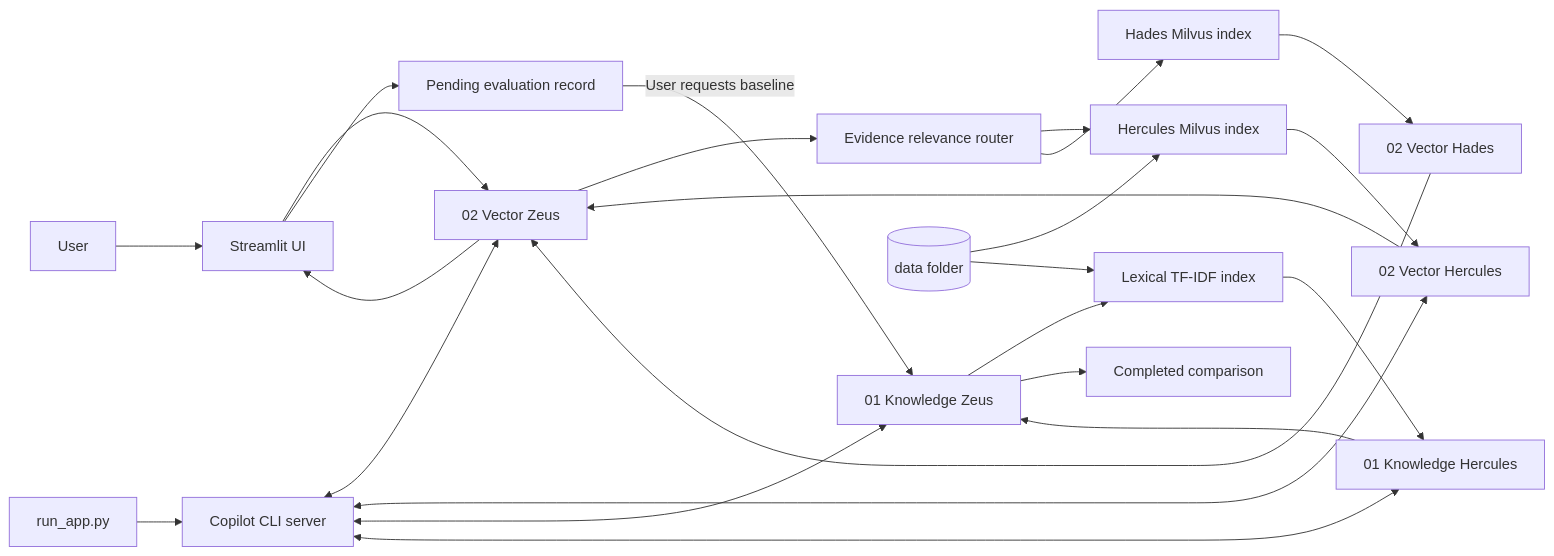
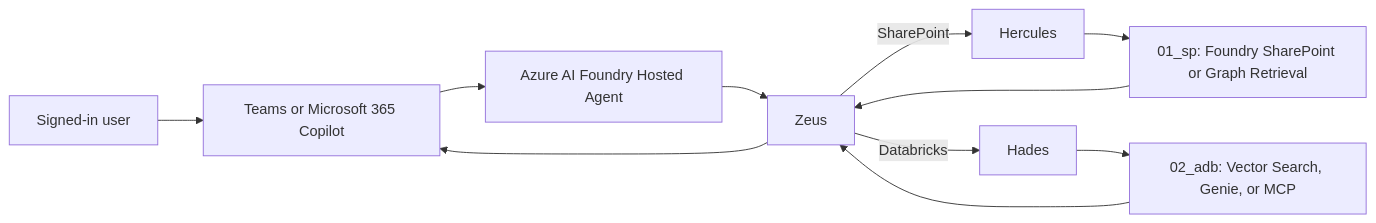
The diagram in README.md (vsayala/agentic_ai_olympus), drawn with Mermaid before and after one commit. The commit also changed other lines of this file and 169 other files, not shown here.

````diff
--- a/README.md
+++ b/README.md
@@ -51,26 +10,13 @@
 ```mermaid
 flowchart LR
-    U[User] --> UI[Streamlit UI]
-   UI --> VZ[02 Vector Zeus]
-   VZ --> RTE[Evidence relevance router]
-   RTE --> V[Hercules Milvus index]
-   RTE --> H[Hades Milvus index]
-   V --> VH[02 Vector Hercules]
-   H --> HD[02 Vector Hades]
-   VH --> VZ
-   HD --> VZ
-   VZ --> UI
-   UI --> R[Pending evaluation record]
-   R -->|User requests baseline| KZ[01 Knowledge Zeus]
-   KZ --> K[Lexical TF-IDF index]
-   K --> KH[01 Knowledge Hercules]
-   KH --> KZ
-   KZ --> E[Completed comparison]
-   D[(data folder)] --> V
-   D --> K
-   L[run_app.py] --> CLI[Copilot CLI server]
-   CLI <--> VZ
-   CLI <--> VH
-   CLI <--> KZ
-   CLI <--> KH
+    U[Signed-in user] --> C[Teams or Microsoft 365 Copilot]
+    C --> F[Azure AI Foundry Hosted Agent]
+    F --> Z[Zeus]
+    Z -->|SharePoint| H[Hercules]
+    Z -->|Databricks| D[Hades]
+    H --> SP[01_sp: Foundry SharePoint or Graph Retrieval]
+    D --> ADB[02_adb: Vector Search, Genie, or MCP]
+    SP --> Z
+    ADB --> Z
+    Z --> C
 ```
````
